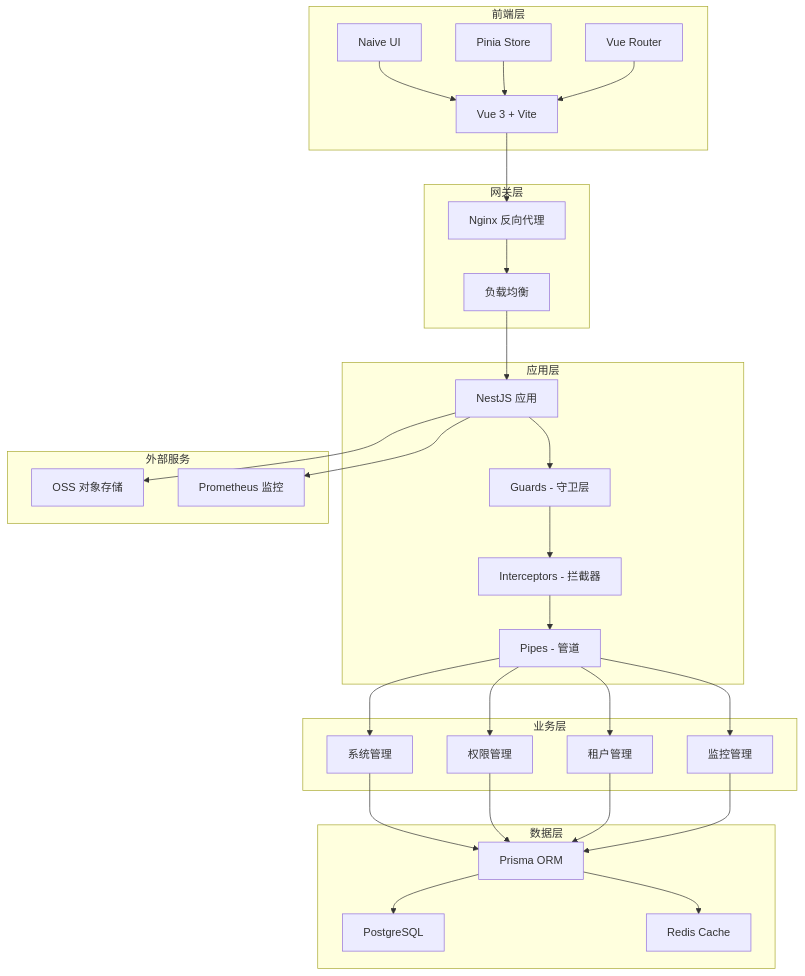
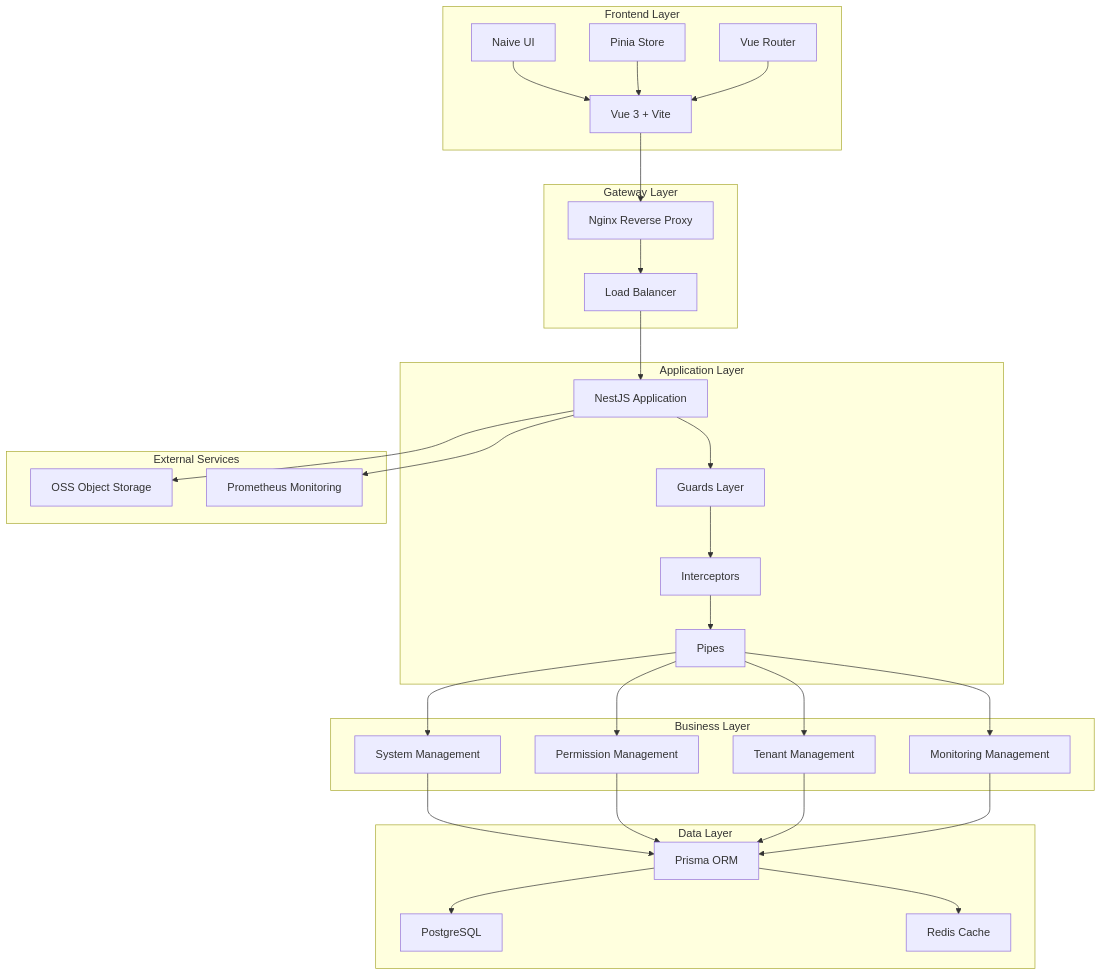
One commit to linlingqin77/Nest-Admin changed the first of 2 diagrams in README.md. Above: the diagram before and after it, drawn with Mermaid. The commit also changed other lines of this file and 1 other file, not shown here.

````diff
--- a/README.md
+++ b/README.md
@@ -78,61 +78,61 @@
 ```mermaid
 graph TB
-    subgraph "前端层"
+    subgraph "Frontend Layer"
         A[Vue 3 + Vite]
         B[Naive UI]
         C[Pinia Store]
         D[Vue Router]
     end
     
-    subgraph "网关层"
-        E[Nginx 反向代理]
-        F[负载均衡]
+    subgraph "Gateway Layer"
+        E[Nginx Reverse Proxy]
+        F[Load Balancer]
     end
     
-    subgraph "应用层"
-        G[NestJS 应用]
-        H[Guards - 守卫层]
-        I[Interceptors - 拦截器]
-        J[Pipes - 管道]
+    subgraph "Application Layer"
+        G[NestJS Application]
+        H[Guards Layer]
+        I[Interceptors]
+        J[Pipes]
     end
     
-    subgraph "业务层"
-        K[系统管理]
-        L[权限管理]
-        M[租户管理]
-        N[监控管理]
+    subgraph "Business Layer"
+        K[System Management]
+        L[Permission Management]
+        M[Tenant Management]
+        N[Monitoring Management]
     end
     
-    subgraph "数据层"
+    subgraph "Data Layer"
         O[Prisma ORM]
         P[PostgreSQL]
         Q[Redis Cache]
     end
     
-    subgraph "外部服务"
-        R[OSS 对象存储]
-        S[Prometheus 监控]
+    subgraph "External Services"
+        R[OSS Object Storage]
+        S[Prometheus Monitoring]
     end
     
     A --> E
     B --> A
     C --> A
     D --> A
     E --> F
     F --> G
     G --> H
     H --> I
     I --> J
     J --> K
     J --> L
     J --> M
     J --> N
     K --> O
     L --> O
     M --> O
     N --> O
     O --> P
     O --> Q
     G --> R
     G --> S
 ```
````
